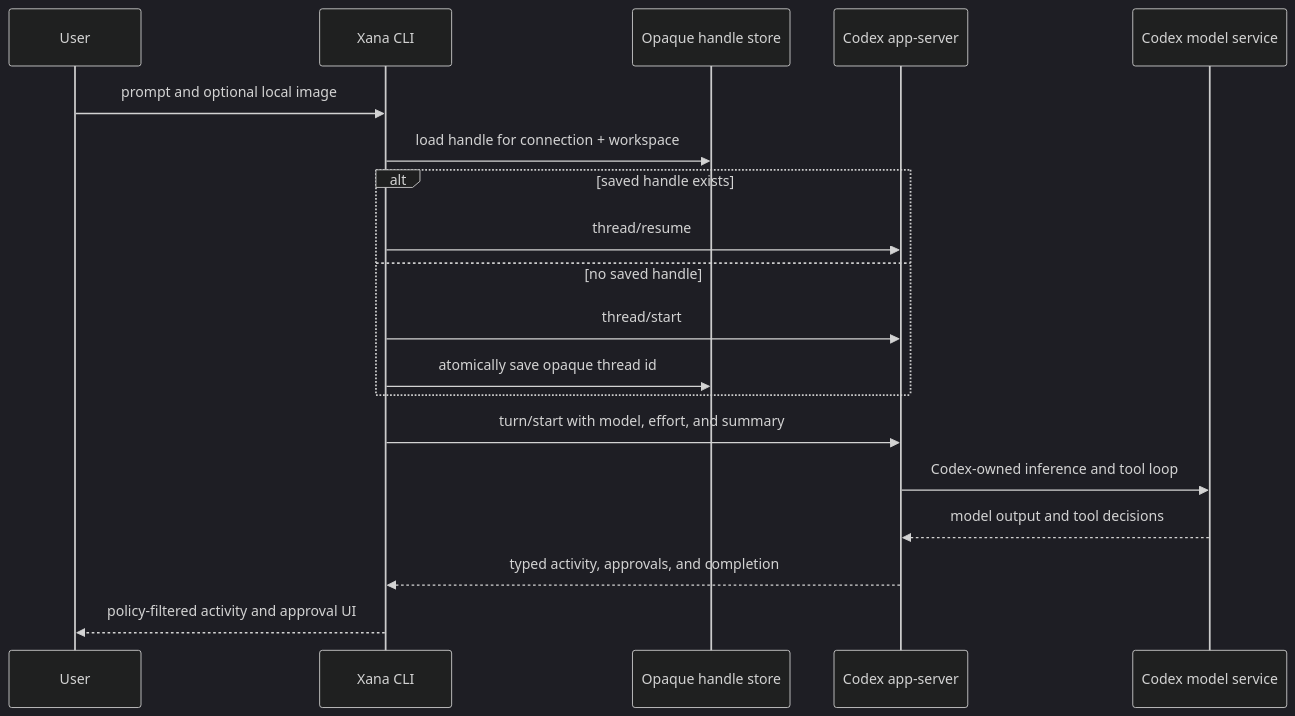
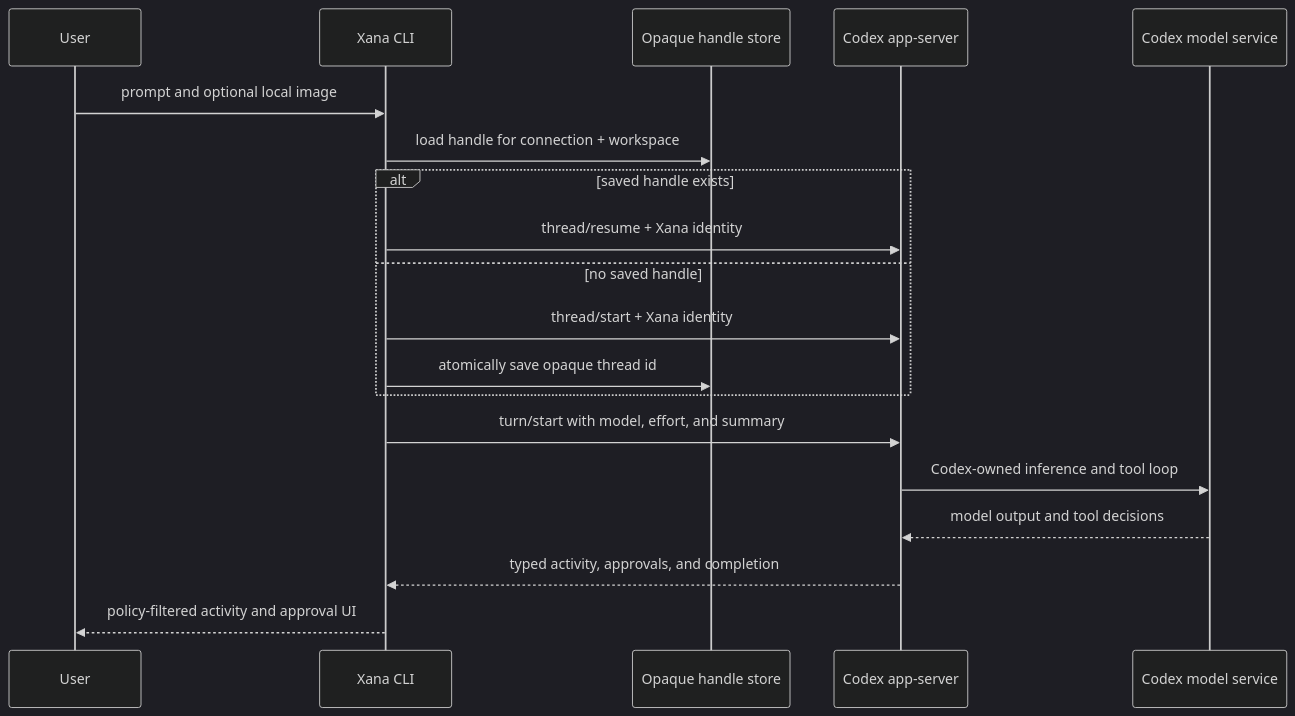
One commit to labcoder/xana changed the third of 4 diagrams in docs/architecture/models-and-managed-runtimes.md. Above: the diagram before and after it, drawn with Mermaid (dark theme). The commit also changed other lines of this file and 11 other files, not shown here.

````diff
--- a/docs/architecture/models-and-managed-runtimes.md
+++ b/docs/architecture/models-and-managed-runtimes.md
@@ -120,21 +141,21 @@
 ```mermaid
 sequenceDiagram
     participant U as User
     participant X as Xana CLI
     participant H as Opaque handle store
     participant C as Codex app-server
     participant O as Codex model service
     U->>X: prompt and optional local image
     X->>H: load handle for connection + workspace
     alt saved handle exists
-        X->>C: thread/resume
+        X->>C: thread/resume + Xana identity
     else no saved handle
-        X->>C: thread/start
+        X->>C: thread/start + Xana identity
         X->>H: atomically save opaque thread id
     end
     X->>C: turn/start with model, effort, and summary
     C->>O: Codex-owned inference and tool loop
     O-->>C: model output and tool decisions
     C-->>X: typed activity, approvals, and completion
     X-->>U: policy-filtered activity and approval UI
 ```
````
